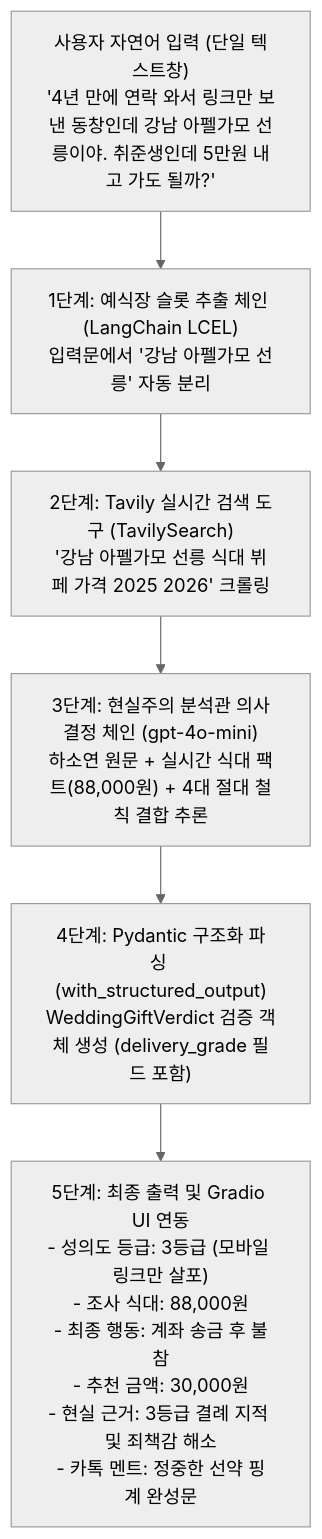
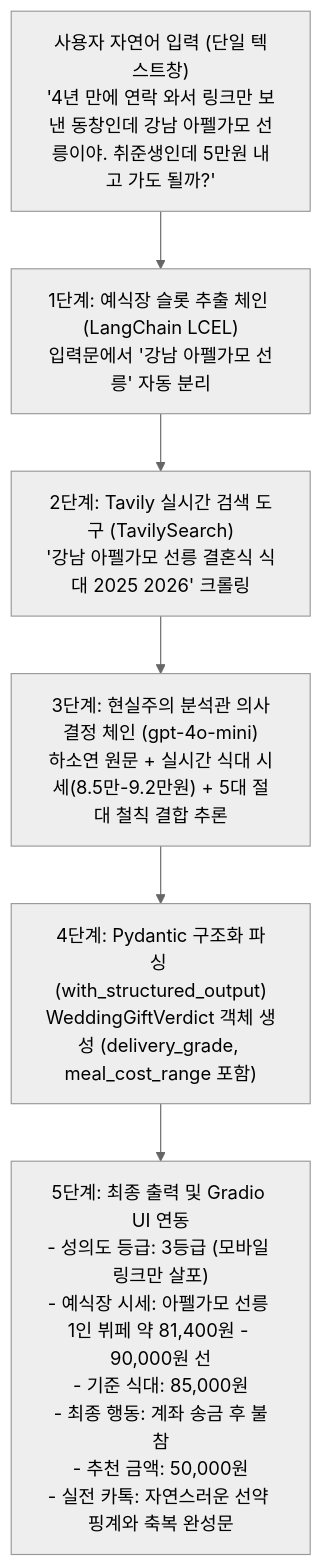
One commit to rntqkdl/skala-ai-service changed the diagram in README.md. Above: the diagram before and after it, drawn with Mermaid (neutral theme). The commit also changed other lines of this file and 2 other files, not shown here.

Commit message:
fix: 예식장 식대 시세 대역 정보 제공 및 상투적 AI 클리셰 카톡 멘트 현실화

````diff
--- a/README.md
+++ b/README.md
@@ -82,13 +82,13 @@
 ```mermaid
 flowchart TD
     A["사용자 자연어 입력 (단일 텍스트창)<br>'4년 만에 연락 와서 링크만 보낸 동창인데 강남 아펠가모 선릉이야. 취준생인데 5만원 내고 가도 될까?'"] 
     --> B["1단계: 예식장 슬롯 추출 체인 (LangChain LCEL)<br>입력문에서 '강남 아펠가모 선릉' 자동 분리"]
     
-    B --> C["2단계: Tavily 실시간 검색 도구 (TavilySearch)<br>'강남 아펠가모 선릉 식대 뷔페 가격 2025 2026' 크롤링"]
+    B --> C["2단계: Tavily 실시간 검색 도구 (TavilySearch)<br>'강남 아펠가모 선릉 결혼식 식대 2025 2026' 크롤링"]
     
-    C --> D["3단계: 현실주의 분석관 의사결정 체인 (gpt-4o-mini)<br>하소연 원문 + 실시간 식대 팩트(88,000원) + 4대 절대 철칙 결합 추론"]
+    C --> D["3단계: 현실주의 분석관 의사결정 체인 (gpt-4o-mini)<br>하소연 원문 + 실시간 식대 시세(8.5만-9.2만원) + 5대 절대 철칙 결합 추론"]
     
-    D --> E["4단계: Pydantic 구조화 파싱 (with_structured_output)<br>WeddingGiftVerdict 검증 객체 생성 (delivery_grade 필드 포함)"]
+    D --> E["4단계: Pydantic 구조화 파싱 (with_structured_output)<br>WeddingGiftVerdict 객체 생성 (delivery_grade, meal_cost_range 포함)"]
     
-    E --> F["5단계: 최종 출력 및 Gradio UI 연동<br>- 성의도 등급: 3등급 (모바일 링크만 살포)<br>- 조사 식대: 88,000원<br>- 최종 행동: 계좌 송금 후 불참<br>- 추천 금액: 30,000원<br>- 현실 근거: 3등급 결례 지적 및 죄책감 해소<br>- 카톡 멘트: 정중한 선약 핑계 완성문"]
+    E --> F["5단계: 최종 출력 및 Gradio UI 연동<br>- 성의도 등급: 3등급 (모바일 링크만 살포)<br>- 예식장 시세: 아펠가모 선릉 1인 뷔페 약 81,400원 - 90,000원 선<br>- 기준 식대: 85,000원<br>- 최종 행동: 계좌 송금 후 불참<br>- 추천 금액: 50,000원<br>- 실전 카톡: 자연스러운 선약 핑계와 축복 완성문"]
 ```
````
